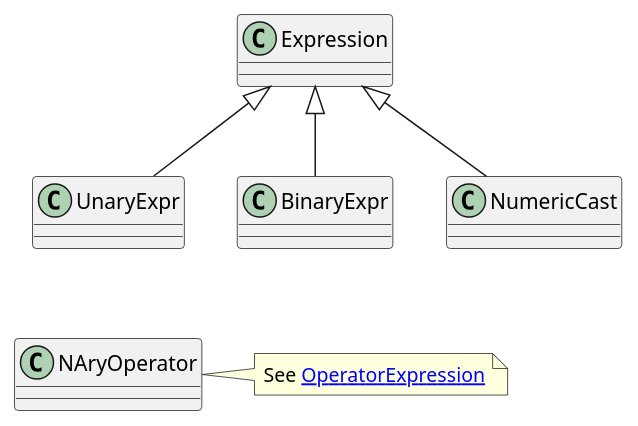
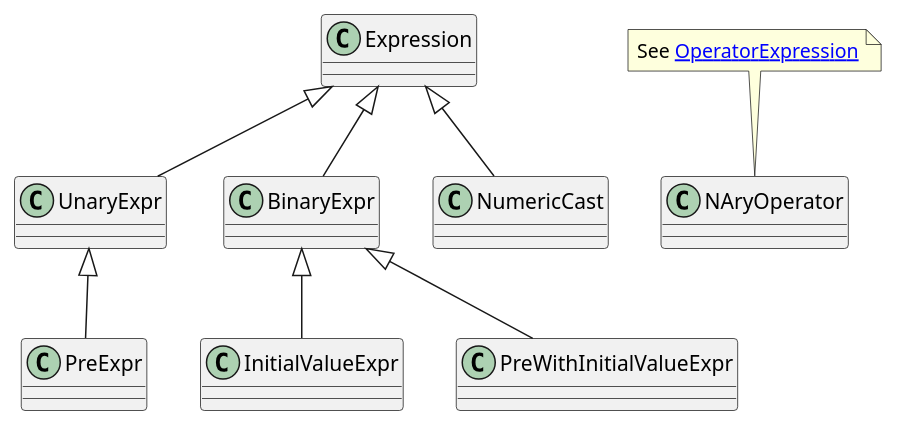
One commit to ansys/pyscadeone changed the diagram in doc/source/api/language/expressions/arithmetic.puml. Above: the diagram before and after it, drawn with PlantUML. The commit also changed 537 other files, not shown here.

```diff
--- a/doc/source/api/language/expressions/arithmetic.puml
+++ b/doc/source/api/language/expressions/arithmetic.puml
@@ -1,8 +1,11 @@
 @startuml 
 ' Arithmetic
     Expression <|-- UnaryExpr
     Expression <|-- BinaryExpr
     Expression <|-- NumericCast
-    UnaryExpr -[hidden]d- NAryOperator
-    note right: See [[api/language/expressions/instance.html#ansys.scadeone.core.swan.OperatorExpression OperatorExpression]]
+    UnaryExpr <|-- PreExpr
+    BinaryExpr <|-- InitialValueExpr
+    BinaryExpr <|-- PreWithInitialValueExpr
+    Expression -[hidden]d- NAryOperator
+    note top: See [[api/language/expressions/instance.html#ansys.scadeone.core.swan.OperatorExpression OperatorExpression]]
 @enduml
```
